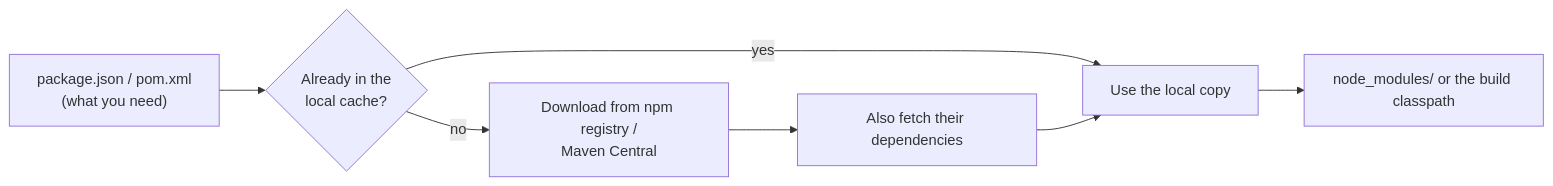
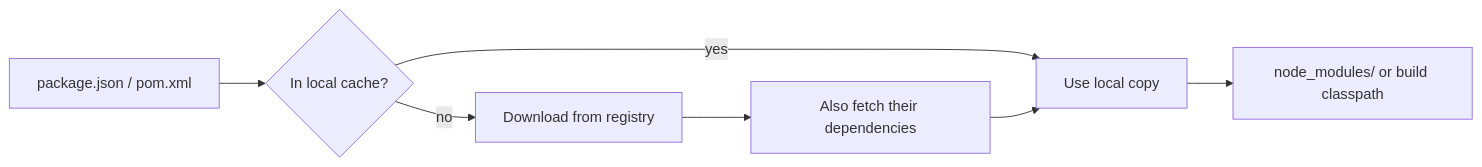
The fourth of 4 diagrams in interview/under-the-hood/18-How-Everyday-Tech-Works.md (sathsure/Tech-Mastery-Hub), drawn with Mermaid before and after one commit. The commit also changed other lines of this file and 69 other files, not shown here.

````diff
--- a/interview/under-the-hood/18-How-Everyday-Tech-Works.md
+++ b/interview/under-the-hood/18-How-Everyday-Tech-Works.md
@@ -238,9 +305,9 @@
 ```mermaid
 flowchart LR
-  A["package.json / pom.xml<br/>(what you need)"] --> B{"Already in the<br/>local cache?"}
-  B -->|"yes"| D["Use the local copy"]
-  B -->|"no"| C["Download from npm registry /<br/>Maven Central"]
+  A["package.json / pom.xml"] --> B{"In local cache?"}
+  B -->|"yes"| D["Use local copy"]
+  B -->|"no"| C["Download from registry"]
   C --> E["Also fetch their dependencies"]
   E --> D
-  D --> F["node_modules/ or the build classpath"]
+  D --> F["node_modules/ or build classpath"]
 ```
````
